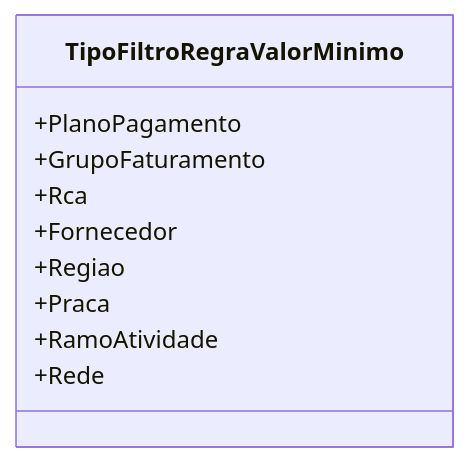
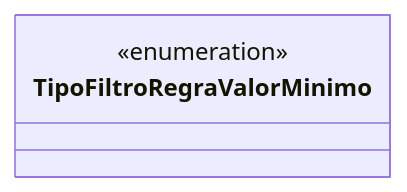
One commit to IsthmusSistemas/documentacao-tecnica changed the diagram in docs/b2b-dominio/IsthmusWinthor.Nucleo/IsthmusWinthor.Dominio/Enumeradores/TipoFiltroRegraValorMinimo.md. Above: the diagram before and after it, drawn with Mermaid. The commit also changed other lines of this file and 882 other files, not shown here.

````diff
--- a/docs/b2b-dominio/IsthmusWinthor.Nucleo/IsthmusWinthor.Dominio/Enumeradores/TipoFiltroRegraValorMinimo.md
+++ b/docs/b2b-dominio/IsthmusWinthor.Nucleo/IsthmusWinthor.Dominio/Enumeradores/TipoFiltroRegraValorMinimo.md
@@ -12,13 +13,6 @@
 ```mermaid
 classDiagram
     class TipoFiltroRegraValorMinimo {
-        +PlanoPagamento
-        +GrupoFaturamento
-        +Rca
-        +Fornecedor
-        +Regiao
-        +Praca
-        +RamoAtividade
-        +Rede
+        <<enumeration>>
     }
 ```
````
